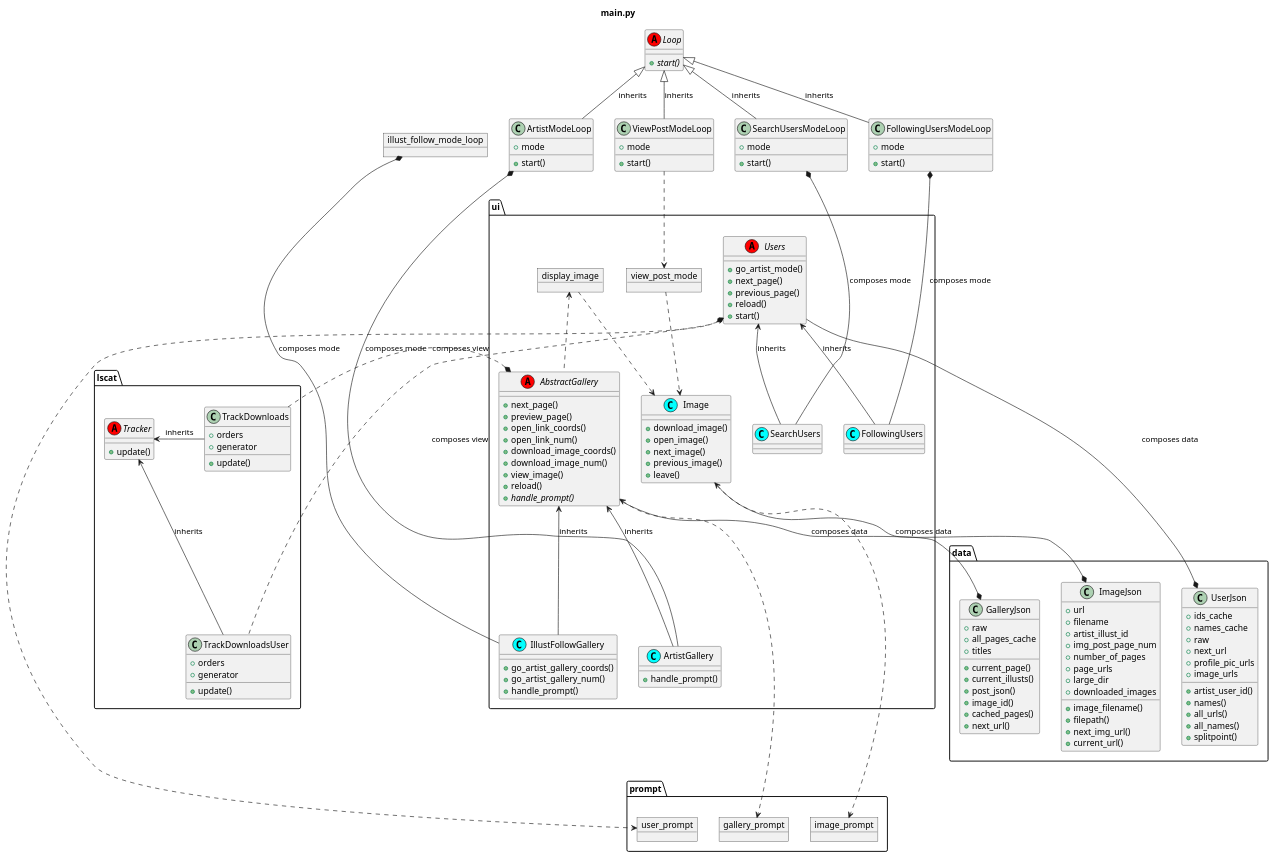
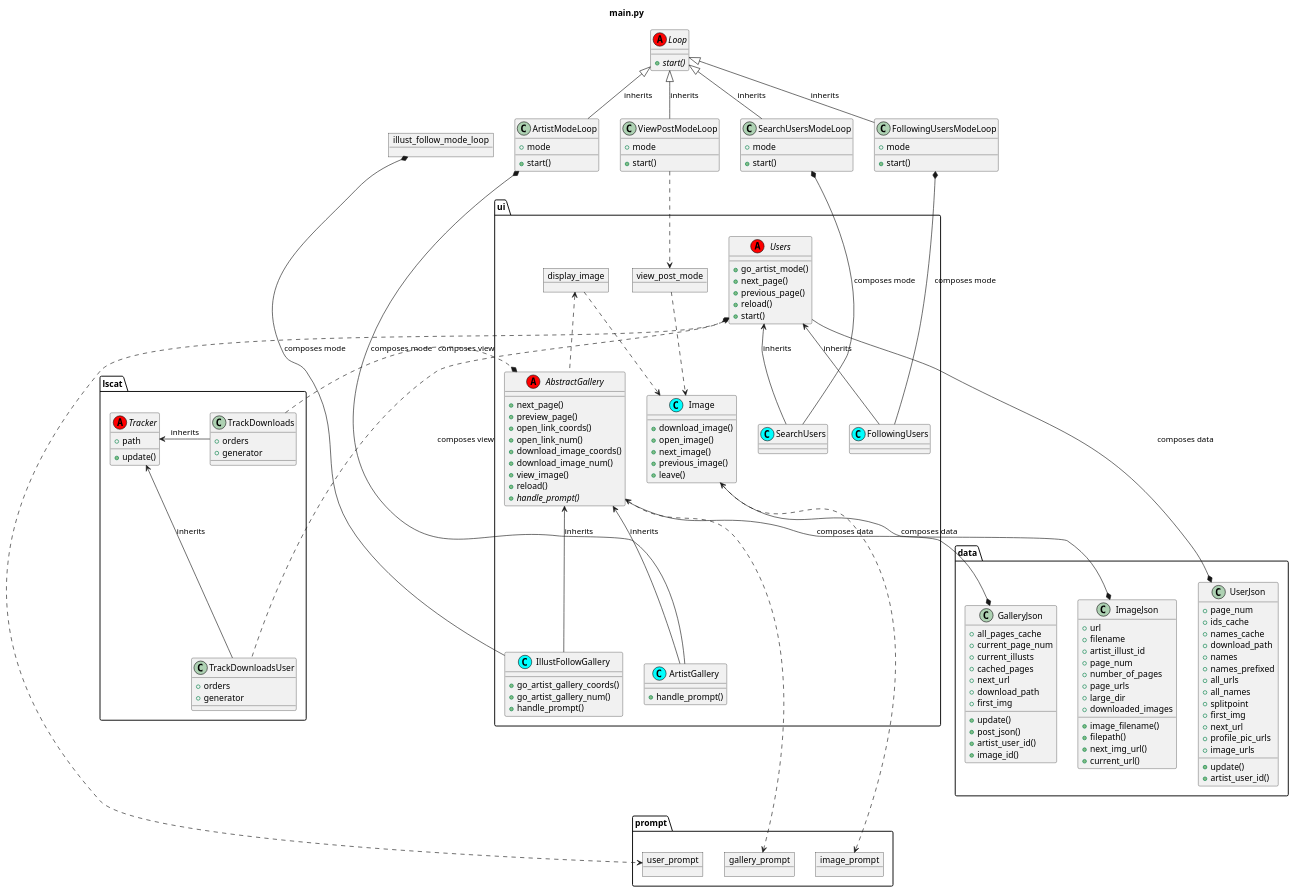
Before and after one commit to akazukin5151/koneko: the diagram in puml/classes.puml, drawn with PlantUML. The commit also changed 1 other file, not shown here.

```diff
--- a/puml/classes.puml
+++ b/puml/classes.puml
@@ -1,180 +1,185 @@
 @startuml
 
 title main.py
 
 abstract class Loop <<(A, red)>>{
   +{abstract}start()
 }
 
 class ArtistModeLoop {
     + mode
     +start()
 }
 object illust_follow_mode_loop
 
 Loop <|-down- ArtistModeLoop: inherits
 Loop <|-down[hidden]- illust_follow_mode_loop: inherits
 illust_follow_mode_loop -right[hidden]-> ViewPostModeLoop
 illust_follow_mode_loop -right[hidden]-> ArtistModeLoop
 ViewPostModeLoop -left[hidden]-> ArtistModeLoop
 ViewPostModeLoop -right[hidden]-> SearchUsersModeLoop
 ViewPostModeLoop -right[hidden]-> FollowingUsersModeLoop
 
 abstract class ui.AbstractGallery <<(A, red)>>{
     +next_page()
     +preview_page()
     +open_link_coords()
     +open_link_num()
     +download_image_coords()
     +download_image_num()
     +view_image()
     +reload()
     +{abstract}handle_prompt()
 }
 
 class ui.ArtistGallery <<(C, cyan)>>{
     +handle_prompt()
 }
 class ui.IllustFollowGallery <<(C, cyan)>>{
     +go_artist_gallery_coords()
     +go_artist_gallery_num()
     +handle_prompt()
 }
 ArtistModeLoop*-down- ui.ArtistGallery: composes mode
 
 illust_follow_mode_loop*-down- ui.IllustFollowGallery: composes mode
 
 ui.AbstractGallery <-down- ui.IllustFollowGallery: inherits
 
 ui.AbstractGallery <-down- ui.ArtistGallery: inherits
 
 ui.IllustFollowGallery -right[hidden]-> ui.ArtistGallery
 
 class ViewPostModeLoop {
     + mode
     +start()
 }
 package ui {
     object view_post_mode
     object display_image
 }
 class ui.Image <<(C, cyan)>>{
     + download_image()
     + open_image()
     + next_image()
     + previous_image()
     + leave()
 }
 
 Loop <|-down- ViewPostModeLoop: inherits
 ViewPostModeLoop ..> view_post_mode
 view_post_mode ..> ui.Image
 display_image ..> ui.Image
 display_image <.. ui.AbstractGallery
 
 
 class FollowingUsersModeLoop {
     + mode
     +start()
 }
 class SearchUsersModeLoop {
     + mode
     +start()
 }
 Loop <|-down- FollowingUsersModeLoop: inherits
 Loop <|-down- SearchUsersModeLoop: inherits
 
 class ui.FollowingUsers <<(C, cyan)>>
 class ui.SearchUsers <<(C, cyan)>>
 abstract class ui.Users <<(A, red)>>{
     +go_artist_mode()
     +next_page()
     +previous_page()
     +reload()
     +start()
 }
 ui.Users <-down- ui.FollowingUsers: inherits
 ui.Users <-down- ui.SearchUsers: inherits
 FollowingUsersModeLoop*-down- ui.FollowingUsers: composes mode
 SearchUsersModeLoop*-down- ui.SearchUsers: composes mode
 
 
 abstract class lscat.Tracker <<(A, red)>>{
+    + path
     +update()
 }
 class lscat.TrackDownloads {
-    +update()
     + orders
     + generator
 }
 class lscat.TrackDownloadsUser {
-    +update()
     + orders
     + generator
 }
 
 lscat.Tracker <- lscat.TrackDownloadsUser: inherits
 lscat.Tracker <- lscat.TrackDownloads: inherits
 
 ui.Users*.down. lscat.TrackDownloadsUser: composes view
 ui.AbstractGallery*.up lscat.TrackDownloads: composes view
 
 lscat.TrackDownloadsUser -up[hidden]-> lscat.TrackDownloads
 lscat.TrackDownloadsUser --up[hidden]-> ui.AbstractGallery
 
 package prompt {
     object user_prompt
     ui.Users <..> user_prompt
 
     object gallery_prompt
     ui.AbstractGallery <.down.> gallery_prompt
 
     object image_prompt
     ui.Image <.down..> image_prompt
 }
 
 
 class data.GalleryJson {
-    + raw
     + all_pages_cache
-    + titles
-    +current_page()
-    +current_illusts()
+    + current_page_num
+    + current_illusts
+    + cached_pages
+    + next_url
+    + download_path
+    + first_img
+    +update()
     +post_json()
+    +artist_user_id()
     +image_id()
-    +cached_pages()
-    +next_url()
 }
 class data.ImageJson {
     + url
     + filename
     + artist_illust_id
-    + img_post_page_num
+    + page_num
     + number_of_pages
     + page_urls
     + large_dir
     + downloaded_images
     +image_filename()
     +filepath()
     +next_img_url()
     +current_url()
 }
 class data.UserJson {
+    + page_num
     + ids_cache
     + names_cache
-    + raw
+    + download_path
+    + names
+    + names_prefixed
+    + all_urls
+    + all_names
+    + splitpoint
+    + first_img
+    +update()
     + next_url
     + profile_pic_urls
     + image_urls
     +artist_user_id()
-    +names()
-    +all_urls()
-    +all_names()
-    +splitpoint()
 }
 
 data.GalleryJson *-up- ui.AbstractGallery: composes data
 data.ImageJson *-up- ui.Image: composes data
 data.UserJson *-up- ui.Users: composes data
 
 @enduml
```
